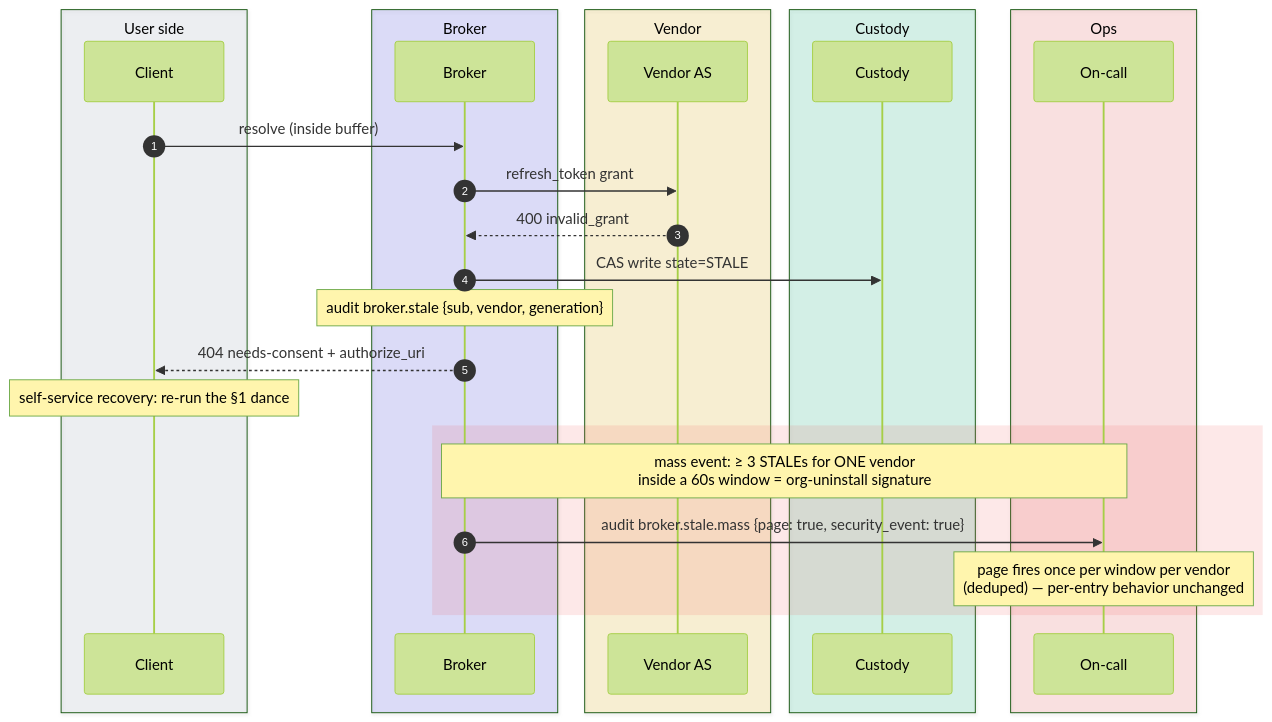
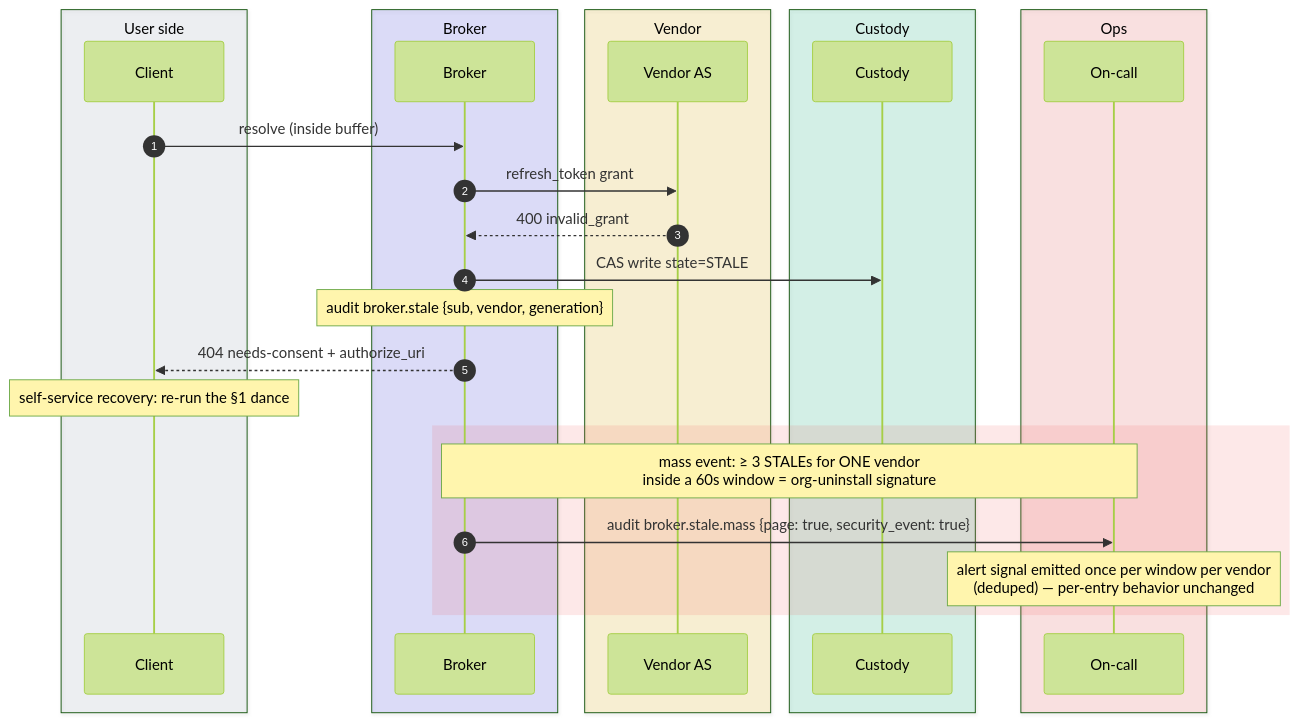
The eighth of 10 diagrams in docs/token-lifecycle.md (chief-builder/vendor-token-broker), drawn with Mermaid (forest theme) before and after one commit. The commit also changed other lines of this file and 20 other files, not shown here.

````diff
--- a/docs/token-lifecycle.md
+++ b/docs/token-lifecycle.md
@@ -345,33 +348,33 @@
 ```mermaid
 sequenceDiagram
     autonumber
     box rgba(148,163,184,0.14) User side
         participant C as Client
     end
     box rgba(99,102,241,0.20) Broker
         participant B as Broker
     end
     box rgba(234,179,8,0.16) Vendor
         participant V as Vendor AS
     end
     box rgba(16,185,129,0.16) Custody
         participant K as Custody
     end
     box rgba(239,68,68,0.14) Ops
         participant O as On-call
     end
 
     C->>B: resolve (inside buffer)
     B->>V: refresh_token grant
     V-->>B: 400 invalid_grant
     B->>K: CAS write state=STALE
     Note over B: audit broker.stale {sub, vendor, generation}
     B-->>C: 404 needs-consent + authorize_uri
     Note over C: self-service recovery: re-run the §1 dance
 
     rect rgba(239,68,68,0.12)
         Note over B,O: mass event: ≥ 3 STALEs for ONE vendor<br/>inside a 60s window = org-uninstall signature
         B->>O: audit broker.stale.mass {page: true, security_event: true}
-        Note over O: page fires once per window per vendor<br/>(deduped) — per-entry behavior unchanged
+        Note over O: alert signal emitted once per window per vendor<br/>(deduped) — per-entry behavior unchanged
     end
 ```
````
